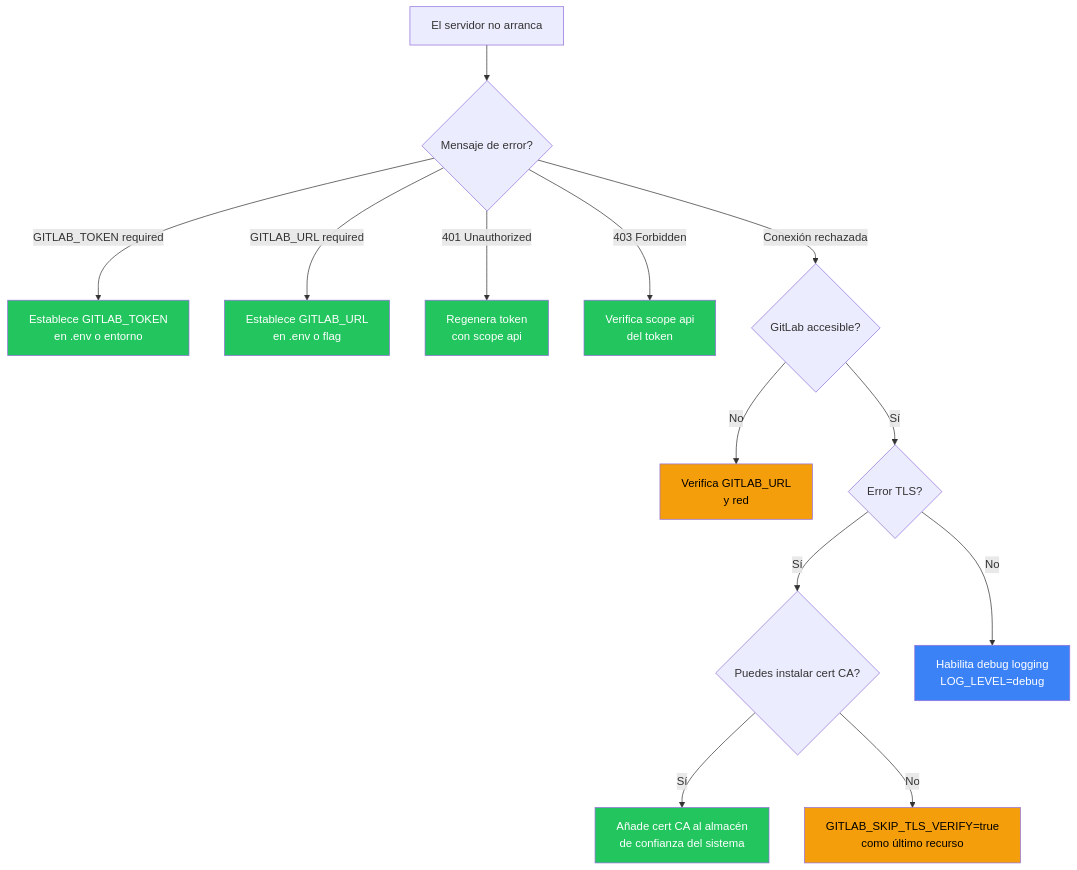
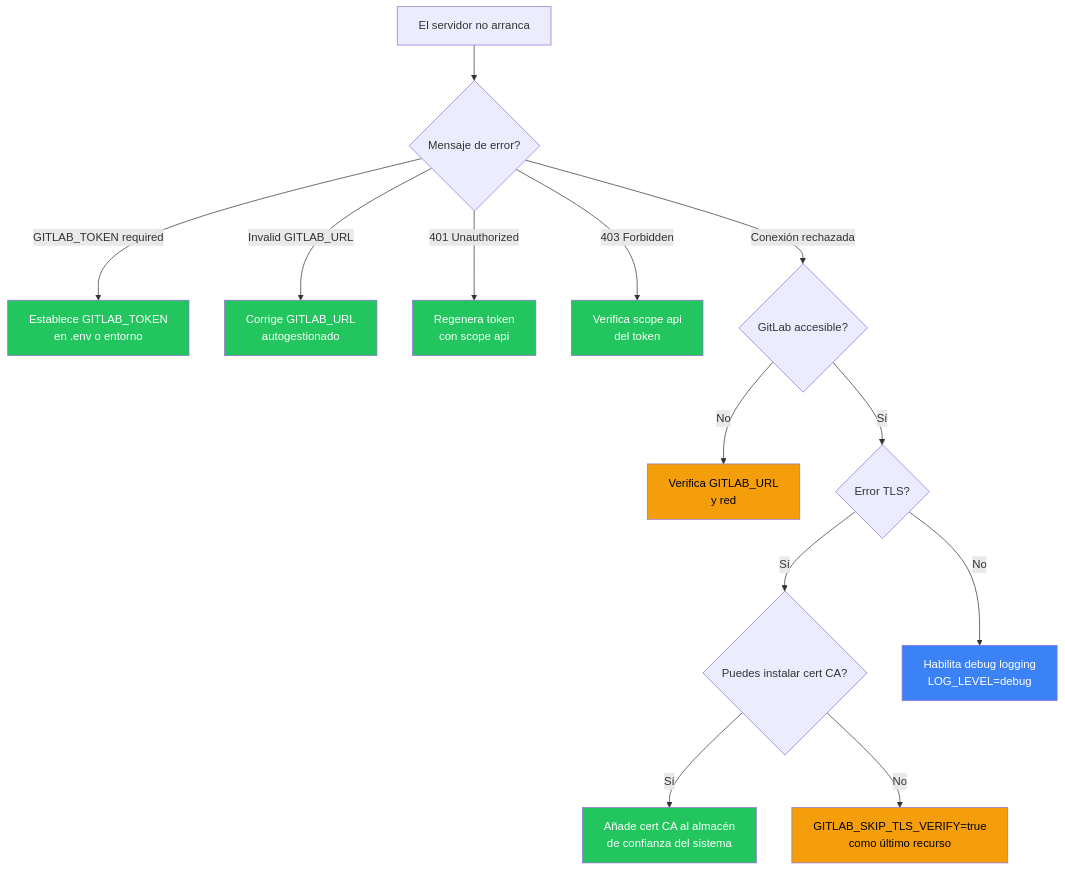
Before and after one commit to jmrplens/gitlab-mcp-server: the diagram in site/src/content/docs/es/operations/troubleshooting.mdx, drawn with Mermaid. The commit also changed other lines of this file and 43 other files, not shown here.

````diff
--- a/site/src/content/docs/es/operations/troubleshooting.mdx
+++ b/site/src/content/docs/es/operations/troubleshooting.mdx
@@ -14,24 +14,24 @@
 ```mermaid
 flowchart TD
     A[El servidor no arranca] --> B{Mensaje de error?}
     B -->|GITLAB_TOKEN required| C[Establece GITLAB_TOKEN<br/>en .env o entorno]
-    B -->|GITLAB_URL required| D[Establece GITLAB_URL<br/>en .env o flag]
+    B -->|Invalid GITLAB_URL| D[Corrige GITLAB_URL<br/>autogestionado]
     B -->|401 Unauthorized| E[Regenera token<br/>con scope api]
     B -->|403 Forbidden| F[Verifica scope api<br/>del token]
     B -->|Conexión rechazada| G{GitLab accesible?}
     G -->|No| H[Verifica GITLAB_URL<br/>y red]
     G -->|Sí| I{Error TLS?}
     I -->|Sí| J{Puedes instalar cert CA?}
     J -->|Sí| J1[Añade cert CA al almacén<br/>de confianza del sistema]
     J -->|No| J2[GITLAB_SKIP_TLS_VERIFY=true<br/>como último recurso]
     I -->|No| K[Habilita debug logging<br/>LOG_LEVEL=debug]
 
     style C fill:#22c55e,color:#fff
     style D fill:#22c55e,color:#fff
     style E fill:#22c55e,color:#fff
     style F fill:#22c55e,color:#fff
     style H fill:#f59e0b,color:#000
     style J1 fill:#22c55e,color:#fff
     style J2 fill:#f59e0b,color:#000
     style K fill:#3b82f6,color:#fff
 ```
````
